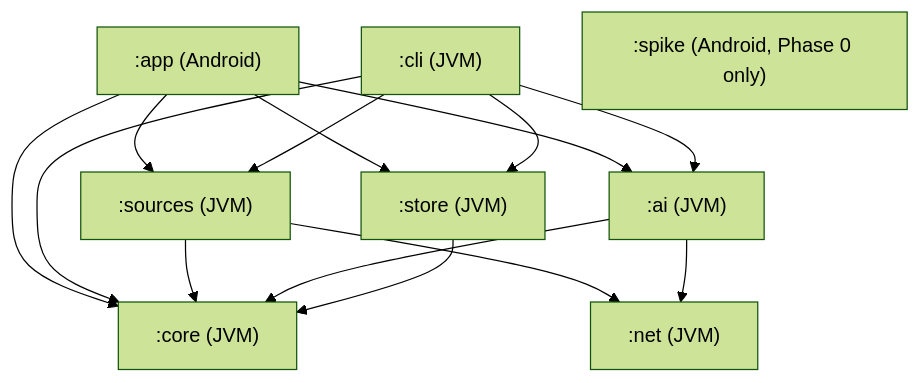
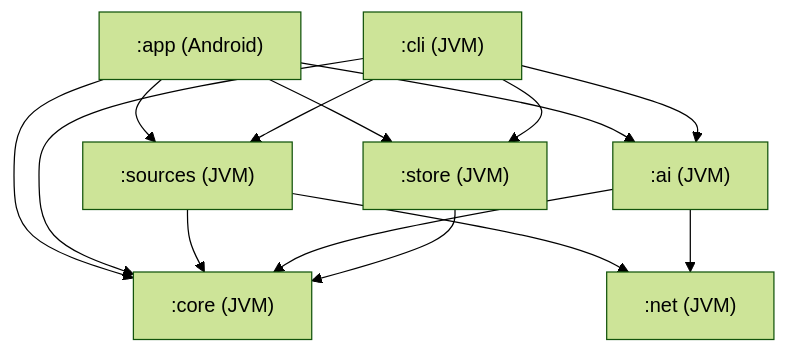
One commit to wkusnierczyk/sleevesight changed the first of 2 diagrams in design/architecture.md. Above: the diagram before and after it, drawn with Mermaid (forest theme). The commit also changed other lines of this file and 23 other files, not shown here.

````diff
--- a/design/architecture.md
+++ b/design/architecture.md
@@ -78,19 +78,18 @@
 ```mermaid
 flowchart TD
   app[":app (Android)"] --> core
   app --> sources
   app --> ai
   app --> store
   cli[":cli (JVM)"] --> core
   cli --> sources
   cli --> ai
   cli --> store
   sources[":sources (JVM)"] --> core
   sources --> net
   ai[":ai (JVM)"] --> core
   ai --> net
   store[":store (JVM)"] --> core
   net[":net (JVM)"]
   core[":core (JVM)"]
-  spike[":spike (Android, Phase 0 only)"]
 ```
````
